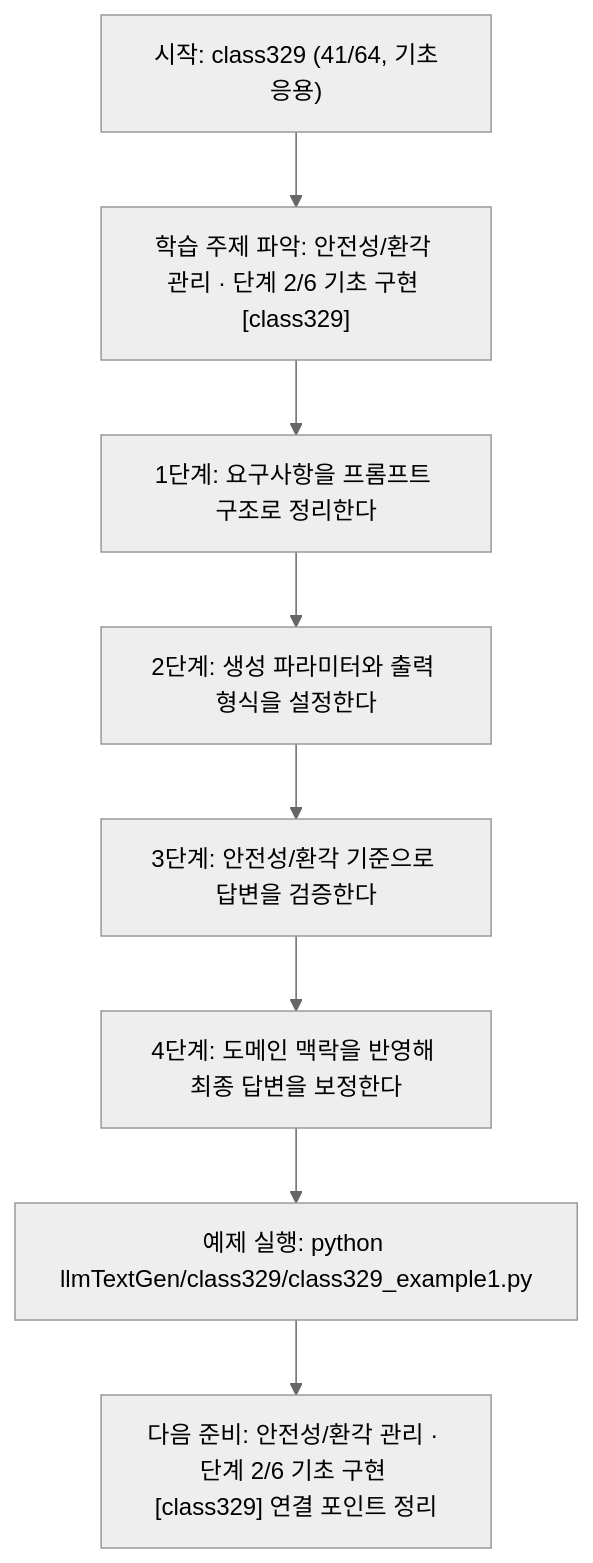
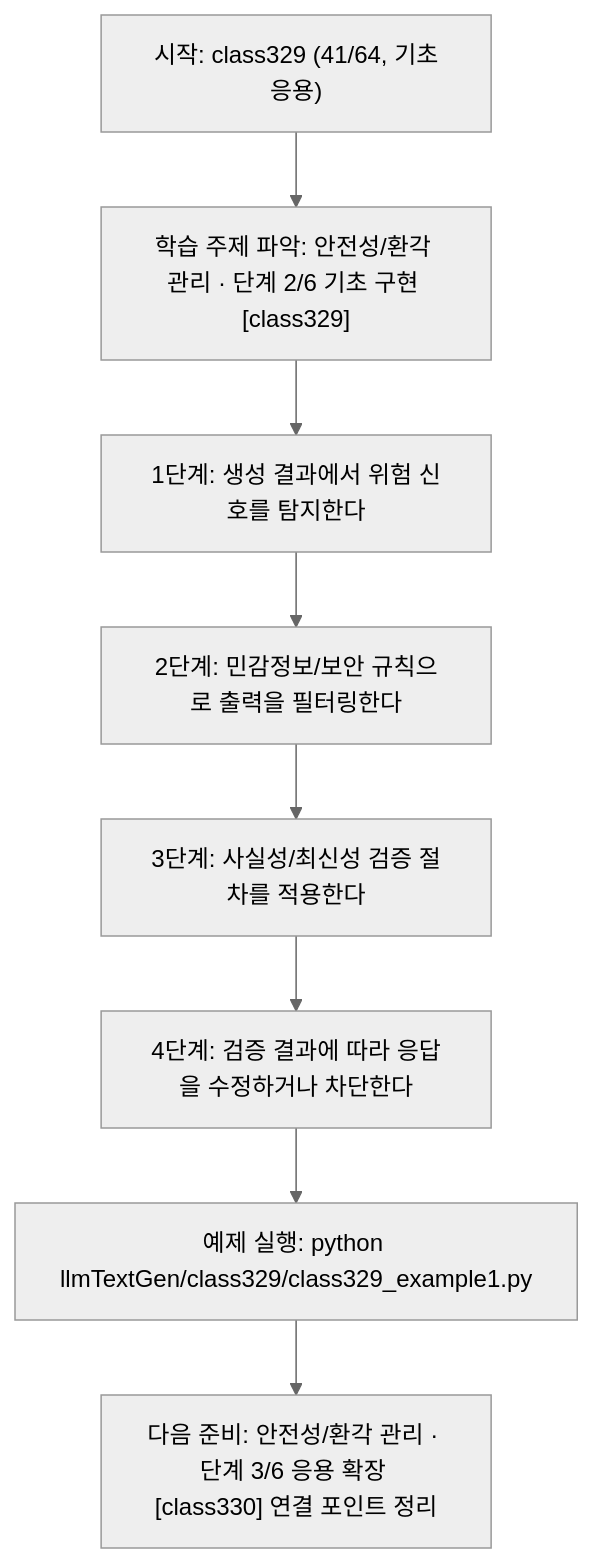
Before and after one commit to edumgt/Python-AI_Agent-Class: the diagram in llmTextGen/class329/class329.md, drawn with Mermaid (neutral theme). The commit also changed other lines of this file and 451 other files, not shown here.

````diff
--- a/llmTextGen/class329/class329.md
+++ b/llmTextGen/class329/class329.md
@@ -114,18 +95,18 @@
 ```mermaid
 flowchart TD
 N1["시작: class329 (41/64, 기초응용)"]
 N2["학습 주제 파악: 안전성/환각 관리 · 단계 2/6 기초 구현 [class329]"]
-N3["1단계: 요구사항을 프롬프트 구조로 정리한다"]
-N4["2단계: 생성 파라미터와 출력 형식을 설정한다"]
-N5["3단계: 안전성/환각 기준으로 답변을 검증한다"]
-N6["4단계: 도메인 맥락을 반영해 최종 답변을 보정한다"]
+N3["1단계: 생성 결과에서 위험 신호를 탐지한다"]
+N4["2단계: 민감정보/보안 규칙으로 출력을 필터링한다"]
+N5["3단계: 사실성/최신성 검증 절차를 적용한다"]
+N6["4단계: 검증 결과에 따라 응답을 수정하거나 차단한다"]
 N7["예제 실행: python llmTextGen/class329/class329_example1.py"]
-N8["다음 준비: 안전성/환각 관리 · 단계 2/6 기초 구현 [class329] 연결 포인트 정리"]
+N8["다음 준비: 안전성/환각 관리 · 단계 3/6 응용 확장 [class330] 연결 포인트 정리"]
 N1 --> N2
 N2 --> N3
 N3 --> N4
 N4 --> N5
 N5 --> N6
 N6 --> N7
 N7 --> N8
 ```
````
